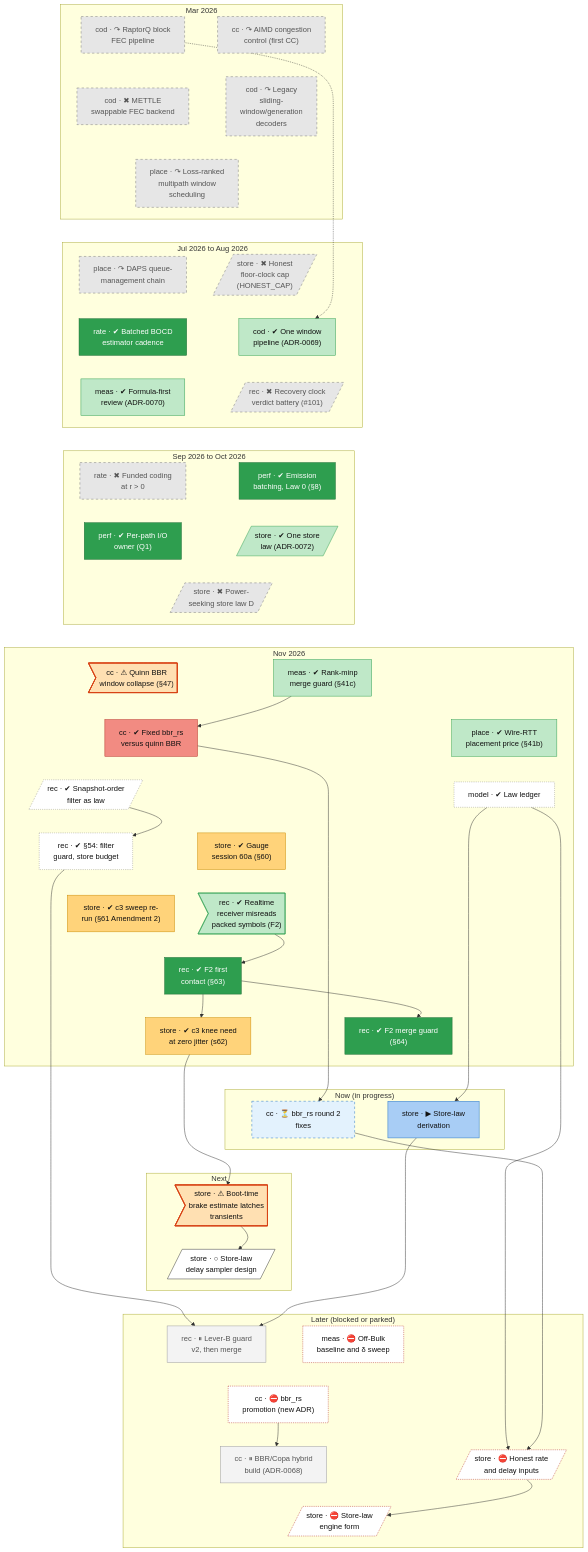
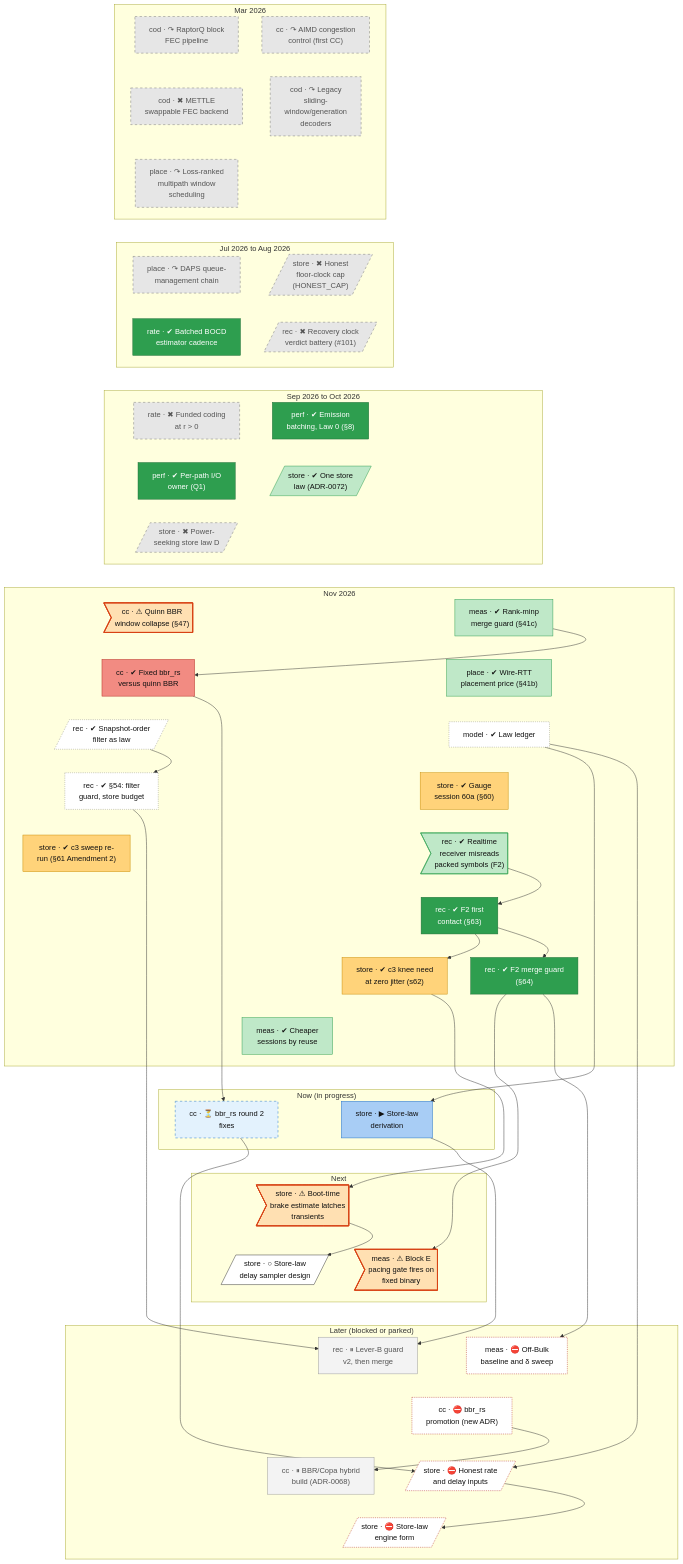
The second of 2 diagrams in docs/roadmap.md (lhns/raptorpath), drawn with Mermaid before and after one commit. The commit also changed other lines of this file and 4 other files, not shown here.

First line of the commit message:
roadmap: block E pacing-gate finding, the session-reuse work (suites, binaries, tools tests, sccache), the Realtime delay-lean read; §51 now depends on the F2 guard

```diff
--- a/docs/roadmap.md
+++ b/docs/roadmap.md
@@ -108,8 +108,6 @@
         place_daps["place · ↷ DAPS queue-<br/>management chain"]
         store_honest_cap_family[/"store · ✖ Honest<br/>floor-clock cap<br/>(HONEST_CAP)"/]
         rate_est_cadence["rate · ✔ Batched BOCD<br/>estimator cadence"]
-        cod_one_pipeline["cod · ✔ One window<br/>pipeline (ADR-0069)"]
-        meas_formula_first["meas · ✔ Formula-first<br/>review (ADR-0070)"]
         rec_goal101[/"rec · ✖ Recovery clock<br/>verdict battery (#35;101)"/]
     end
     subgraph bd_2["Sep 2026 to Oct 2026"]
@@ -133,6 +131,7 @@
         rec_s63_f2_first_contact["rec · ✔ F2 first<br/>contact (#167;63)"]
         store_s62_j0["store · ✔ c3 knee need<br/>at zero jitter (s62)"]
         rec_f2_merge_guard["rec · ✔ F2 merge guard<br/>(#167;64)"]
+        meas_harness_reuse["meas · ✔ Cheaper<br/>sessions by reuse"]
     end
     subgraph bd_4["Now (in progress)"]
         cc_bbrrs_r2["cc · ⏳ bbr_rs round 2<br/>fixes"]
@@ -141,6 +140,7 @@
     subgraph bd_5["Next"]
         store_defect_b0p_brake>"store · ⚠ Boot-time<br/>brake estimate latches<br/>transients"]
         store_sampler_design[/"store · ○ Store-law<br/>delay sampler design"/]
+        meas_blocke_pacing_gate>"meas · ⚠ Block E<br/>pacing gate fires on<br/>fixed binary"]
     end
     subgraph bd_6["Later (blocked or parked)"]
         rec_leverb_guard["rec · ⏸ Lever-B guard<br/>v2, then merge"]
@@ -157,10 +157,8 @@
     place_early_window_sched ~~~ place_daps
     place_early_window_sched ~~~ store_honest_cap_family
     place_daps ~~~ rate_est_cadence
-    store_honest_cap_family ~~~ cod_one_pipeline
-    rate_est_cadence ~~~ meas_formula_first
-    cod_one_pipeline ~~~ rec_goal101
-    meas_formula_first ~~~ rate_r_battery
+    store_honest_cap_family ~~~ rec_goal101
+    rate_est_cadence ~~~ rate_r_battery
     rec_goal101 ~~~ perf_emit_batch_law0
     rate_r_battery ~~~ perf_io_owner
     perf_emit_batch_law0 ~~~ store_adr72_one_law
@@ -180,20 +178,22 @@
     rec_defect_realtime_framing ~~~ rec_s63_f2_first_contact
     rec_s63_f2_first_contact ~~~ store_s62_j0
     rec_s63_f2_first_contact ~~~ rec_f2_merge_guard
-    store_s62_j0 ~~~ cc_bbrrs_r2
-    rec_f2_merge_guard ~~~ store_law_derivation
+    store_s62_j0 ~~~ meas_harness_reuse
+    rec_f2_merge_guard ~~~ meas_harness_reuse
+    meas_harness_reuse ~~~ cc_bbrrs_r2
+    meas_harness_reuse ~~~ store_law_derivation
     cc_bbrrs_r2 ~~~ store_defect_b0p_brake
     store_law_derivation ~~~ store_defect_b0p_brake
     store_defect_b0p_brake ~~~ store_sampler_design
+    store_defect_b0p_brake ~~~ meas_blocke_pacing_gate
     store_sampler_design ~~~ rec_leverb_guard
-    store_sampler_design ~~~ meas_s51_session
+    meas_blocke_pacing_gate ~~~ meas_s51_session
     rec_leverb_guard ~~~ cc_bbrrs_promote
     meas_s51_session ~~~ cc_bbrrs_promote
     cc_bbrrs_promote ~~~ cc_hybrid
     cc_bbrrs_promote ~~~ store_fix_maxbw_minrtt
     cc_hybrid ~~~ store_engine_form_impl
     store_fix_maxbw_minrtt ~~~ store_engine_form_impl
-    cod_block_pipeline -.-> cod_one_pipeline
     meas_guard_41c --> cc_bbrrs_r1
     rec_snapver_law --> rec_s54_session
     rec_defect_realtime_framing --> rec_s63_f2_first_contact
@@ -203,8 +203,10 @@
     model_law_ledger --> store_law_derivation
     store_s62_j0 --> store_defect_b0p_brake
     store_defect_b0p_brake --> store_sampler_design
+    rec_f2_merge_guard --> meas_blocke_pacing_gate
     rec_s54_session --> rec_leverb_guard
     store_law_derivation --> rec_leverb_guard
+    rec_f2_merge_guard --> meas_s51_session
     cc_bbrrs_promote --> cc_hybrid
     model_law_ledger --> store_fix_maxbw_minrtt
     cc_bbrrs_r2 --> store_fix_maxbw_minrtt
@@ -223,12 +225,12 @@
     classDef defect fill:#ffe0b2,stroke:#d84315,stroke-width:2px,color:#111
     classDef waiting fill:#e3f2fd,stroke:#1f6fc5,stroke-dasharray:5 5,color:#111
     class cod_block_pipeline,cod_mettle,cod_legacy_rlc,rec_goal101,rate_r_battery,store_honest_cap_family,store_power_law,place_daps,cc_aimd_v1,place_early_window_sched dead
-    class cod_one_pipeline,store_adr72_one_law,rec_defect_realtime_framing,place_wire_price,meas_formula_first,meas_guard_41c succ
     class rec_snapver_law,model_law_ledger,rec_s54_session unrated
     class rate_est_cadence,rec_s63_f2_first_contact,rec_f2_merge_guard,perf_emit_batch_law0,perf_io_owner vsucc
+    class store_adr72_one_law,meas_harness_reuse,rec_defect_realtime_framing,place_wire_price,meas_guard_41c succ
     class store_law_derivation inprog
     class store_s60a,store_s61a_rerun,store_s62_j0 mixed
-    class store_defect_b0p_brake,cc_quinn_bbr_collapse defect
+    class store_defect_b0p_brake,meas_blocke_pacing_gate,cc_quinn_bbr_collapse defect
     class store_sampler_design next
     class cc_bbrrs_r1 bad
     class cc_bbrrs_r2 waiting
```
